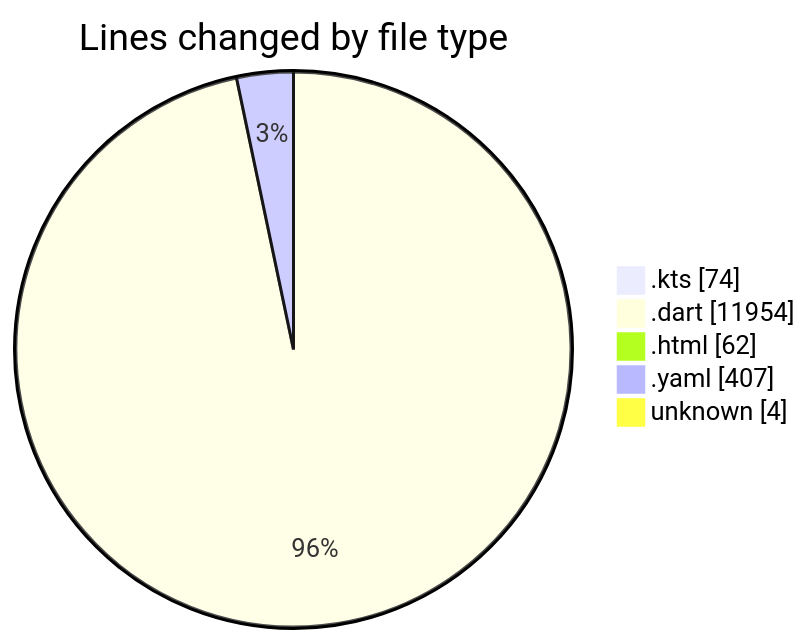
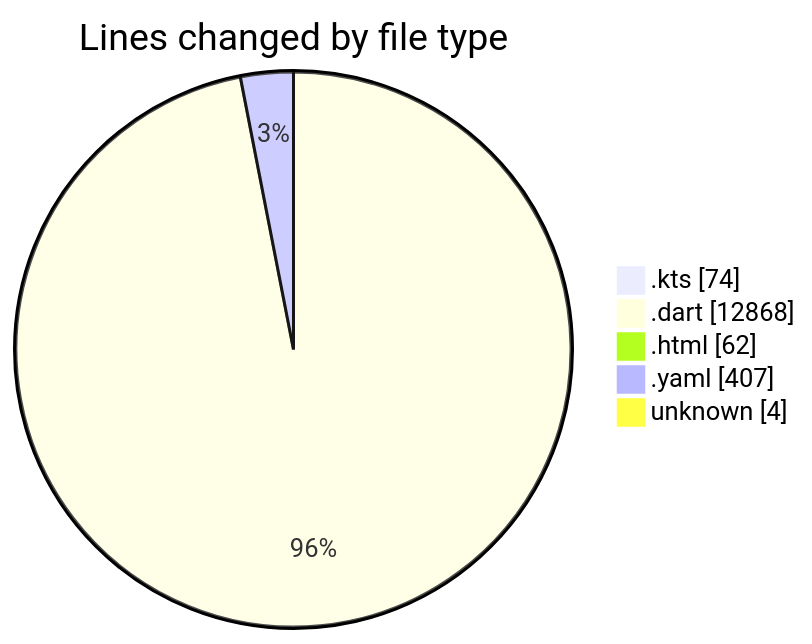
Before and after one commit to lephambinh05/code-tracking: the first of 2 diagrams in 2025-08-03/studybuddy/README.md, drawn with Mermaid. The commit also changed other lines of this file and 1 other file, not shown here.

````diff
--- a/2025-08-03/studybuddy/README.md
+++ b/2025-08-03/studybuddy/README.md
@@ -63,9 +65,9 @@
 ```mermaid
 pie showData
 title Lines changed by file type
 ".kts" : 74
-".dart" : 11954
+".dart" : 12868
 ".html" : 62
 ".yaml" : 407
 "unknown" : 4
 ```
````
